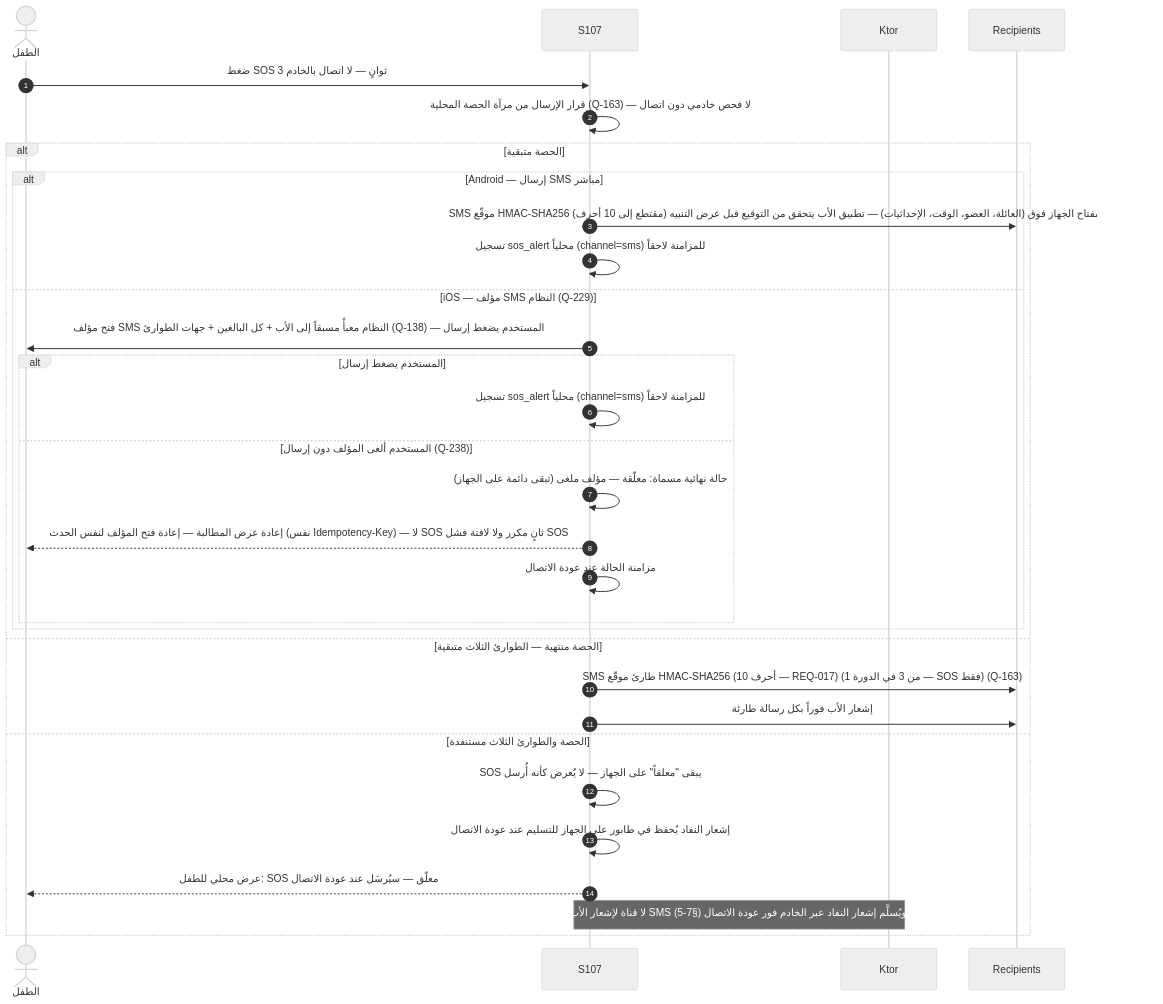
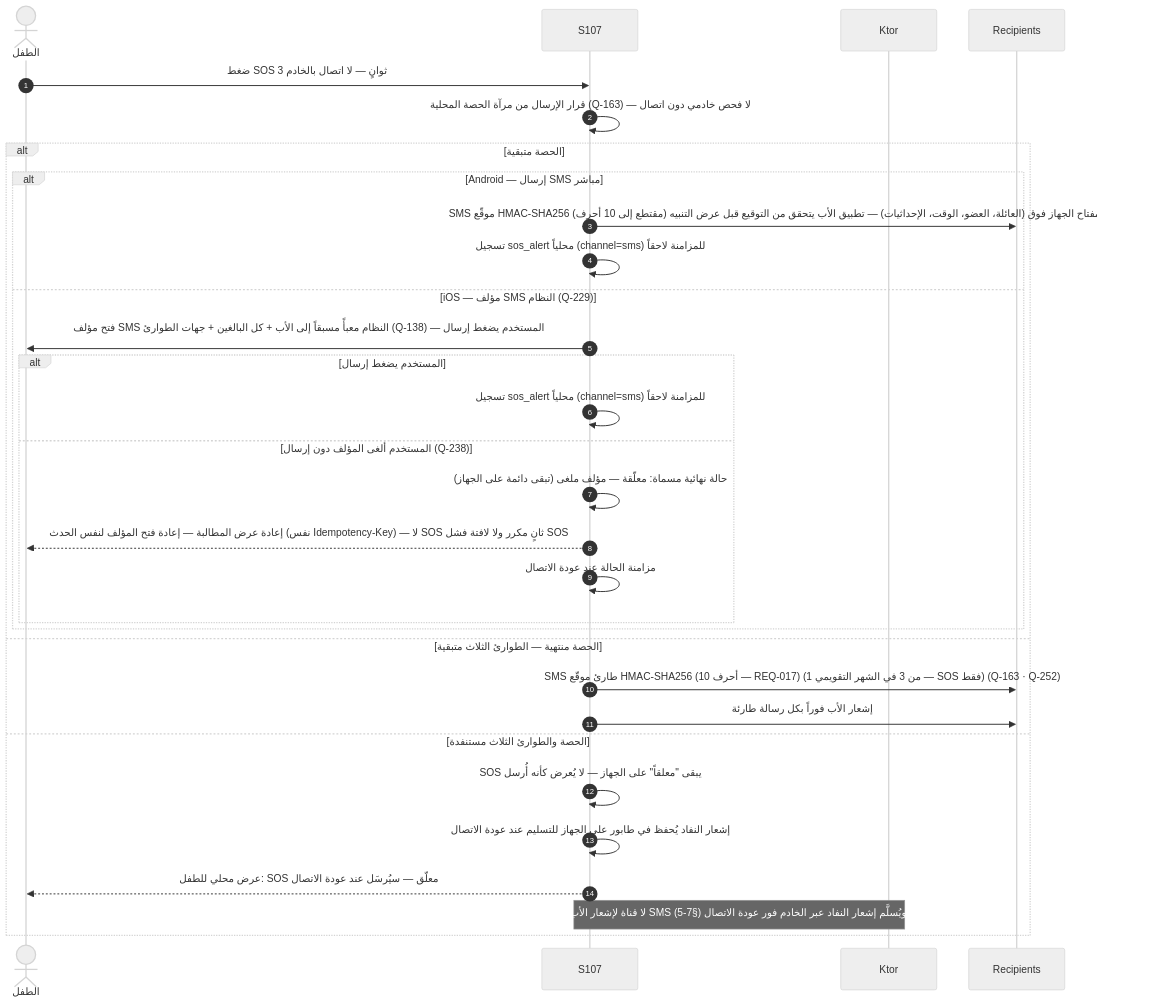
One commit to Bassam-mohammed-alqaeadi/family-os-v2 changed the sixth of 13 diagrams in docs/family-os/governance/phases/phase-1/S1-07-location-basic/DIAGRAMS.md. Above: the diagram before and after it, drawn with Mermaid (neutral theme). The commit also changed other lines of this file and 3 other files, not shown here.

````diff
--- a/docs/family-os/governance/phases/phase-1/S1-07-location-basic/DIAGRAMS.md
+++ b/docs/family-os/governance/phases/phase-1/S1-07-location-basic/DIAGRAMS.md
@@ -244,33 +244,33 @@
 ```mermaid
 sequenceDiagram
     autonumber
     actor Child as الطفل
     participant الموقع as S107
     participant الخادم as Ktor
     participant المستلمون as Recipients
     Child->>الموقع: ضغط SOS 3 ثوانٍ — لا اتصال بالخادم
     الموقع->>الموقع: قرار الإرسال من مرآة الحصة المحلية (Q-163) — لا فحص خادمي دون اتصال
     alt الحصة متبقية
         alt Android — إرسال SMS مباشر
             الموقع->>المستلمون: SMS موقّع HMAC-SHA256 (مقتطع إلى 10 أحرف) بمفتاح الجهاز فوق (العائلة، العضو، الوقت، الإحداثيات) — تطبيق الأب يتحقق من التوقيع قبل عرض التنبيه (REQ-017)
             الموقع->>الموقع: تسجيل sos_alert محلياً (channel=sms) للمزامنة لاحقاً
         else iOS — مؤلف SMS النظام (Q-229)
             الموقع->>Child: فتح مؤلف SMS النظام معبأً مسبقاً إلى الأب + كل البالغين + جهات الطوارئ (Q-138) — المستخدم يضغط إرسال
             alt المستخدم يضغط إرسال
                 الموقع->>الموقع: تسجيل sos_alert محلياً (channel=sms) للمزامنة لاحقاً
             else المستخدم ألغى المؤلف دون إرسال (Q-238)
                 الموقع->>الموقع: حالة نهائية مسماة: معلّقة — مؤلف ملغى (تبقى دائمة على الجهاز)
                 الموقع-->>Child: إعادة عرض المطالبة — إعادة فتح المؤلف لنفس الحدث (نفس Idempotency-Key) — لا SOS ثانٍ مكرر ولا لافتة فشل SOS
                 الموقع->>الموقع: مزامنة الحالة عند عودة الاتصال
             end
         end
     else الحصة منتهية — الطوارئ الثلاث متبقية
-        الموقع->>المستلمون: SMS طارئ موقّع HMAC-SHA256 (10 أحرف — REQ-017) (1 من 3 في الدورة — SOS فقط) (Q-163)
+        الموقع->>المستلمون: SMS طارئ موقّع HMAC-SHA256 (10 أحرف — REQ-017) (1 من 3 في الشهر التقويمي — SOS فقط) (Q-163 · Q-252)
         الموقع->>المستلمون: إشعار الأب فوراً بكل رسالة طارئة
     else الحصة والطوارئ الثلاث مستنفدة
         الموقع->>الموقع: SOS يبقى "معلقاً" على الجهاز — لا يُعرض كأنه أُرسل
         الموقع->>الموقع: إشعار النفاد يُحفظ في طابور على الجهاز للتسليم عند عودة الاتصال
         الموقع-->>Child: عرض محلي للطفل: SOS معلّق — سيُرسَل عند عودة الاتصال
         Note over الموقع,الخادم: لا قناة لإشعار الأب فوراً دون اتصال — لا SMS متبقية ولا مسار خادم؛ ويُسلَّم إشعار النفاد عبر الخادم فور عودة الاتصال (§7-5)
     end
 ```
````
